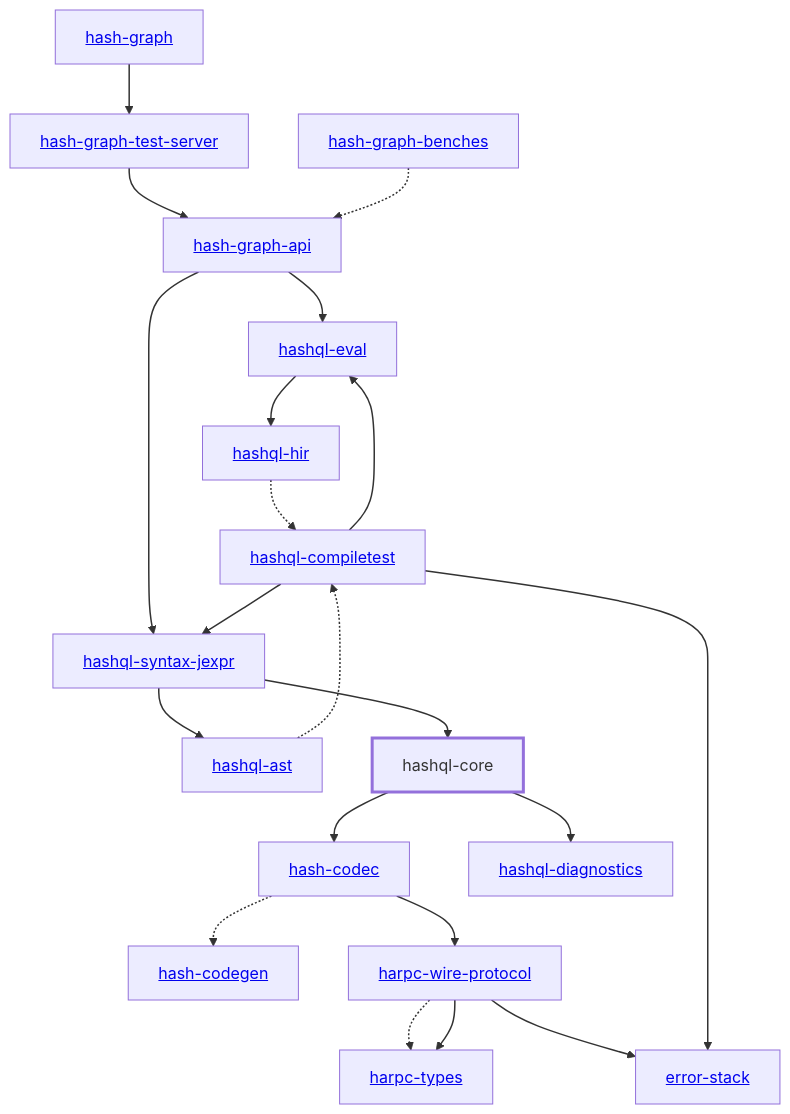
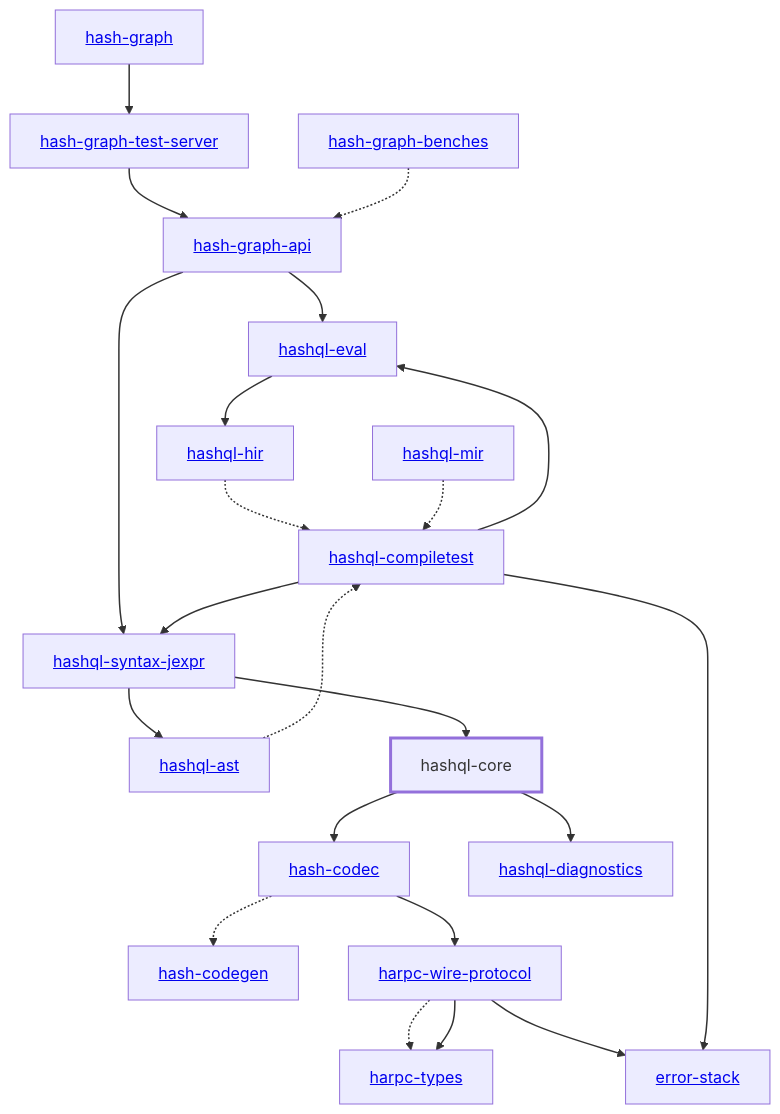
One commit to hashintel/hash changed the diagram in libs/@local/hashql/core/docs/dependency-diagram.mmd. Above: the diagram before and after it, drawn with Mermaid. The commit also changed 6 other files, not shown here.

Commit message:
chore: generate dependency diagrams

```diff
--- a/libs/@local/hashql/core/docs/dependency-diagram.mmd
+++ b/libs/@local/hashql/core/docs/dependency-diagram.mmd
@@ -1,47 +1,49 @@
 graph TD
     linkStyle default stroke-width:1.5px
     classDef default stroke-width:1px
     classDef root stroke-width:3px
     classDef dev stroke-width:1px
     classDef build stroke-width:1px
     %% Legend
     %% --> : Normal dependency
     %% -.-> : Dev dependency
     %% ---> : Build dependency
     0[<a href="../hash_graph/index.html">hash-graph</a>]
     1[<a href="../hash_codec/index.html">hash-codec</a>]
     2[<a href="../hash_codegen/index.html">hash-codegen</a>]
     3[<a href="../hash_graph_api/index.html">hash-graph-api</a>]
     4[<a href="../hash_graph_test_server/index.html">hash-graph-test-server</a>]
     5[<a href="../harpc_types/index.html">harpc-types</a>]
     6[<a href="../harpc_wire_protocol/index.html">harpc-wire-protocol</a>]
     7[<a href="../hashql_ast/index.html">hashql-ast</a>]
     8[<a href="../hashql_compiletest/index.html">hashql-compiletest</a>]
     9[hashql-core]
     class 9 root
     10[<a href="../hashql_diagnostics/index.html">hashql-diagnostics</a>]
     11[<a href="../hashql_eval/index.html">hashql-eval</a>]
     12[<a href="../hashql_hir/index.html">hashql-hir</a>]
-    13[<a href="../hashql_syntax_jexpr/index.html">hashql-syntax-jexpr</a>]
-    14[<a href="../error_stack/index.html">error-stack</a>]
-    15[<a href="../hash_graph_benches/index.html">hash-graph-benches</a>]
+    13[<a href="../hashql_mir/index.html">hashql-mir</a>]
+    14[<a href="../hashql_syntax_jexpr/index.html">hashql-syntax-jexpr</a>]
+    15[<a href="../error_stack/index.html">error-stack</a>]
+    16[<a href="../hash_graph_benches/index.html">hash-graph-benches</a>]
     0 --> 4
     1 -.-> 2
     1 --> 6
     3 --> 11
-    3 --> 13
+    3 --> 14
     4 --> 3
     6 -.-> 5
     6 --> 5
-    6 --> 14
+    6 --> 15
     7 -.-> 8
     8 --> 11
-    8 --> 13
     8 --> 14
+    8 --> 15
     9 --> 1
     9 --> 10
     11 --> 12
     12 -.-> 8
-    13 --> 7
-    13 --> 9
-    15 -.-> 3
+    13 -.-> 8
+    14 --> 7
+    14 --> 9
+    16 -.-> 3
```
